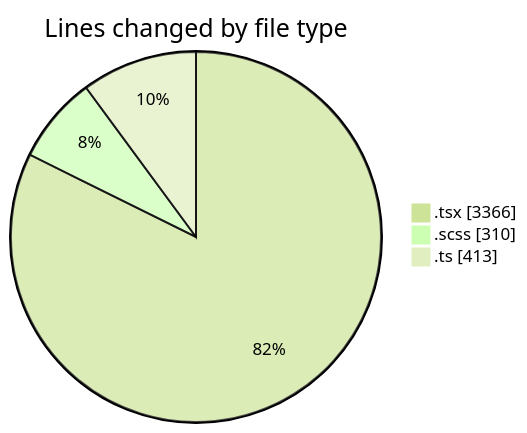
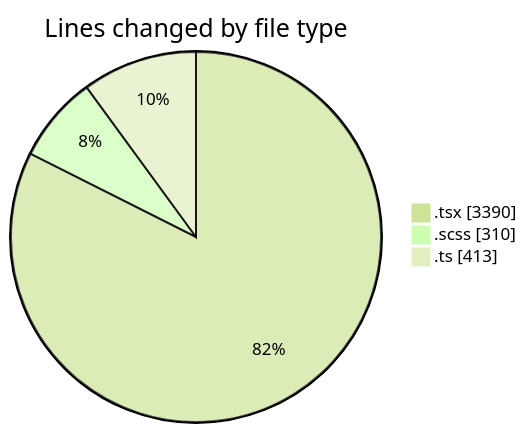
The first of 2 diagrams in 2026-05-01/cda/README.md (momahboobian/code-tracking), drawn with Mermaid (forest theme) before and after one commit. The commit also changed other lines of this file and 1 other file, not shown here.

````diff
--- a/2026-05-01/cda/README.md
+++ b/2026-05-01/cda/README.md
@@ -62,7 +62,7 @@
 ```mermaid
 pie showData
 title Lines changed by file type
-".tsx" : 3366
+".tsx" : 3390
 ".scss" : 310
 ".ts" : 413
 ```
````
